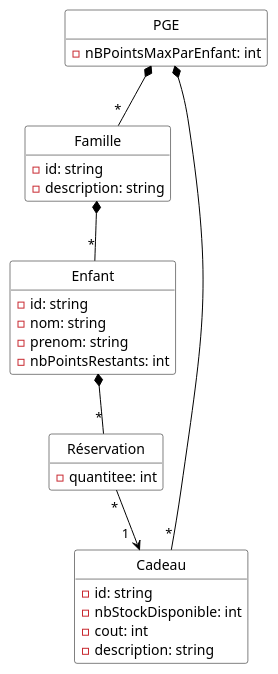
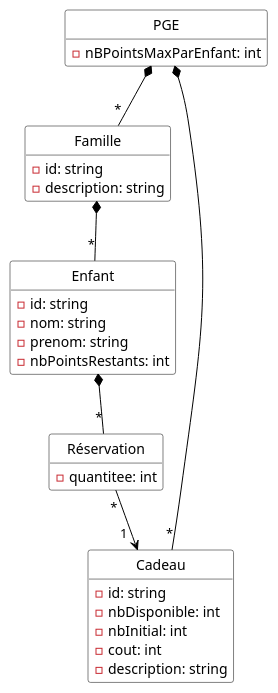
The diagram in Diagrammes/pge_uml_diag_classes.pu (yasminebelmaaziz/dev_logiciel), drawn with PlantUML before and after one commit. The commit also changed 16 other files, not shown here.

```diff
--- a/Diagrammes/pge_uml_diag_classes.pu
+++ b/Diagrammes/pge_uml_diag_classes.pu
@@ -1,50 +1,51 @@
 @startuml
 hide empty methods
 hide circle
 skinparam class {
   BackgroundColor White
   ArrowColor Black
   BorderColor Black
 }
 skinparam groupInheritance 3
 
 class PGE {
   - nBPointsMaxParEnfant: int
 }
 
 class Famille {
   - id: string
   - description: string
 }
 
 class Enfant {
   - id: string
   - nom: string
   - prenom: string
   - nbPointsRestants: int
 }
 
 class Cadeau {
   - id: string
-  - nbStockDisponible: int
+  - nbDisponible: int
+  - nbInitial: int
   - cout: int
   - description: string
 }
 
 class Réservation {
   - quantitee: int
 }
 
 
 
 PGE *-- "*" Famille
 PGE *-- "*" Cadeau
 
 Enfant *--"*" Réservation
 Réservation "*"--> "1  " Cadeau
 
 
 Famille *-- "*" Enfant
 
 
 @enduml
```
